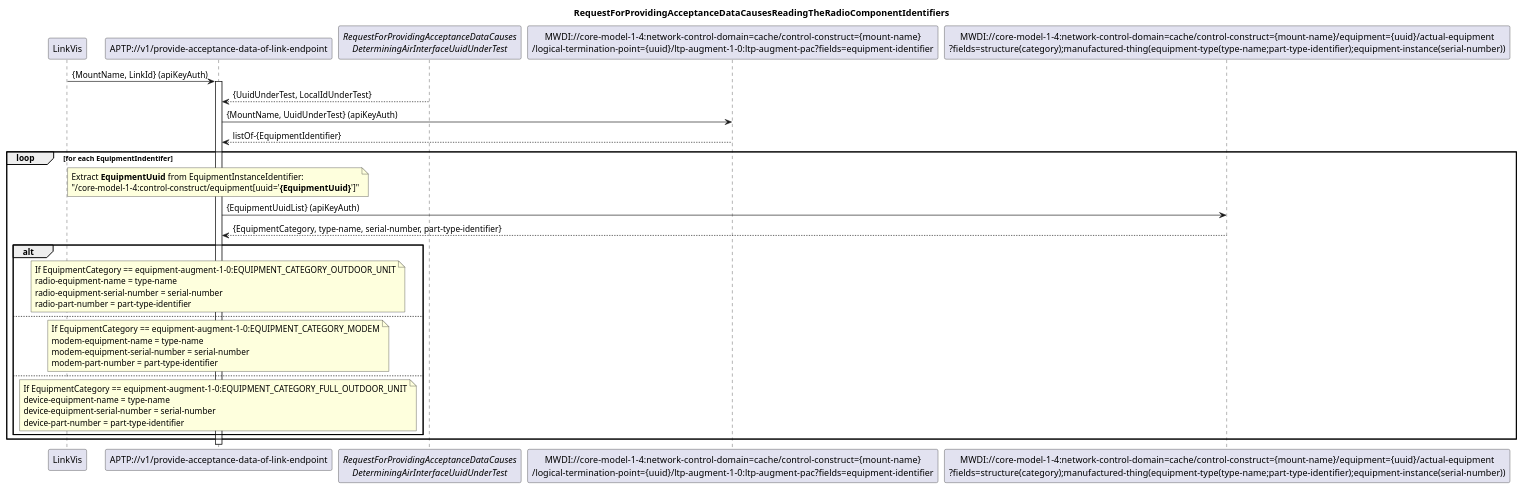
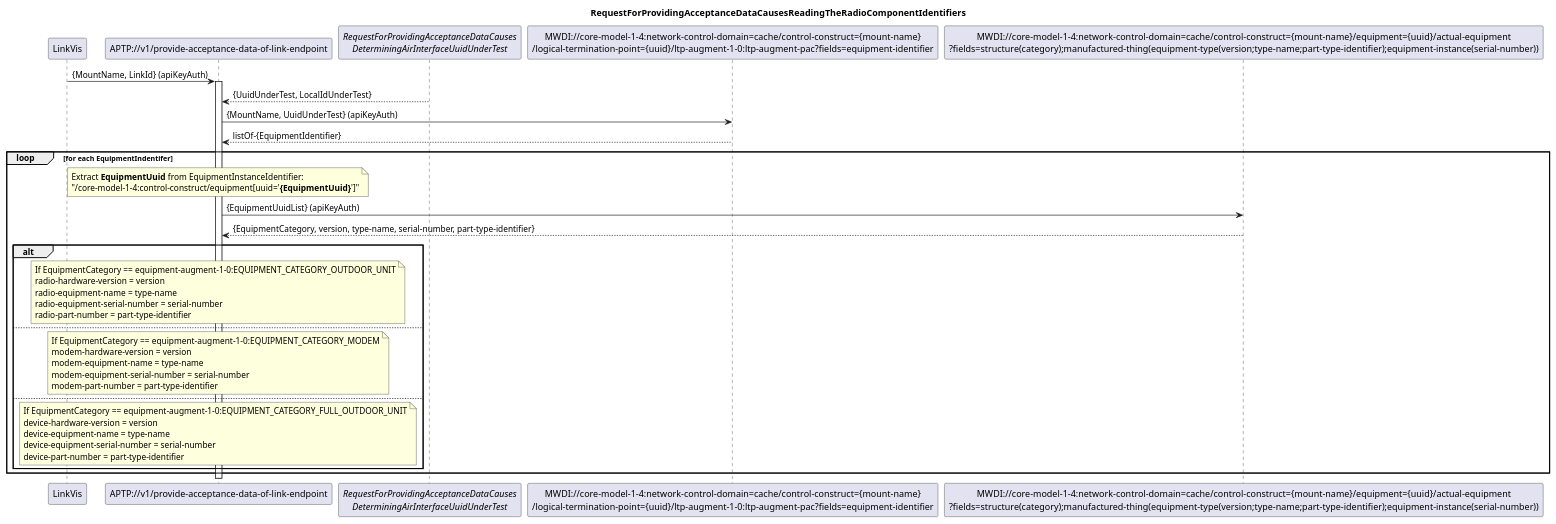
The diagram in spec/diagrams/ProvideAcceptanceDataOfLinkEndpoint/160_radioComponentIdentifiers.plantuml (openBackhaul/AccessPlanningToolProxy), drawn with PlantUML before and after one commit. The commit also changed 4 other files, not shown here.

Commit message:
Add "hardware-version" to response of Acceptance Data request

```diff
--- a/spec/diagrams/ProvideAcceptanceDataOfLinkEndpoint/160_radioComponentIdentifiers.plantuml
+++ b/spec/diagrams/ProvideAcceptanceDataOfLinkEndpoint/160_radioComponentIdentifiers.plantuml
@@ -1,57 +1,60 @@
 @startuml 160_radioComponentIdentifiers
 skinparam responseMessageBelowArrow true
 
 title
 RequestForProvidingAcceptanceDataCausesReadingTheRadioComponentIdentifiers
 end title
 
 participant "LinkVis" as LinkVis
 participant "APTP://v1/provide-acceptance-data-of-link-endpoint" as APTP
 participant "<i>RequestForProvidingAcceptanceDataCauses\n<i>DeterminingAirInterfaceUuidUnderTest</i>" as AirInterface
 participant "MWDI://core-model-1-4:network-control-domain=cache/control-construct={mount-name}\n/logical-termination-point={uuid}/ltp-augment-1-0:ltp-augment-pac?fields=equipment-identifier" as EquipmentIdentifier
-participant "MWDI://core-model-1-4:network-control-domain=cache/control-construct={mount-name}/equipment={uuid}/actual-equipment\n?fields=structure(category);manufactured-thing(equipment-type(type-name;part-type-identifier);equipment-instance(serial-number))" as RadioComponentIdentifiers
+participant "MWDI://core-model-1-4:network-control-domain=cache/control-construct={mount-name}/equipment={uuid}/actual-equipment\n?fields=structure(category);manufactured-thing(equipment-type(version;type-name;part-type-identifier);equipment-instance(serial-number))" as RadioComponentIdentifiers
 
 LinkVis -> APTP: {MountName, LinkId} (apiKeyAuth)
 activate APTP
 
 AirInterface --> APTP: {UuidUnderTest, LocalIdUnderTest}
 
 APTP -> EquipmentIdentifier: {MountName, UuidUnderTest} (apiKeyAuth)
 EquipmentIdentifier --> APTP: listOf-{EquipmentIdentifier}
 
 loop for each EquipmentIndentifer
 
     note over APTP
         Extract **EquipmentUuid** from EquipmentInstanceIdentifier:
         "/core-model-1-4:control-construct/equipment[uuid='**{EquipmentUuid}**']"
     end note
 
     APTP -> RadioComponentIdentifiers: {EquipmentUuidList} (apiKeyAuth)
-    RadioComponentIdentifiers --> APTP: {EquipmentCategory, type-name, serial-number, part-type-identifier}
+    RadioComponentIdentifiers --> APTP: {EquipmentCategory, version, type-name, serial-number, part-type-identifier}
 
     alt 
             note over APTP
                 If EquipmentCategory == equipment-augment-1-0:EQUIPMENT_CATEGORY_OUTDOOR_UNIT
+                radio-hardware-version = version
                 radio-equipment-name = type-name
                 radio-equipment-serial-number = serial-number
                 radio-part-number = part-type-identifier
             end note
     else        
             note over APTP
                 If EquipmentCategory == equipment-augment-1-0:EQUIPMENT_CATEGORY_MODEM
+                modem-hardware-version = version
                 modem-equipment-name = type-name
                 modem-equipment-serial-number = serial-number
                 modem-part-number = part-type-identifier
             end note
     else
             note over APTP
                 If EquipmentCategory == equipment-augment-1-0:EQUIPMENT_CATEGORY_FULL_OUTDOOR_UNIT
+                device-hardware-version = version
                 device-equipment-name = type-name
                 device-equipment-serial-number = serial-number
                 device-part-number = part-type-identifier
             end note
     end alt
 end loop
 
 
 @enduml
```
